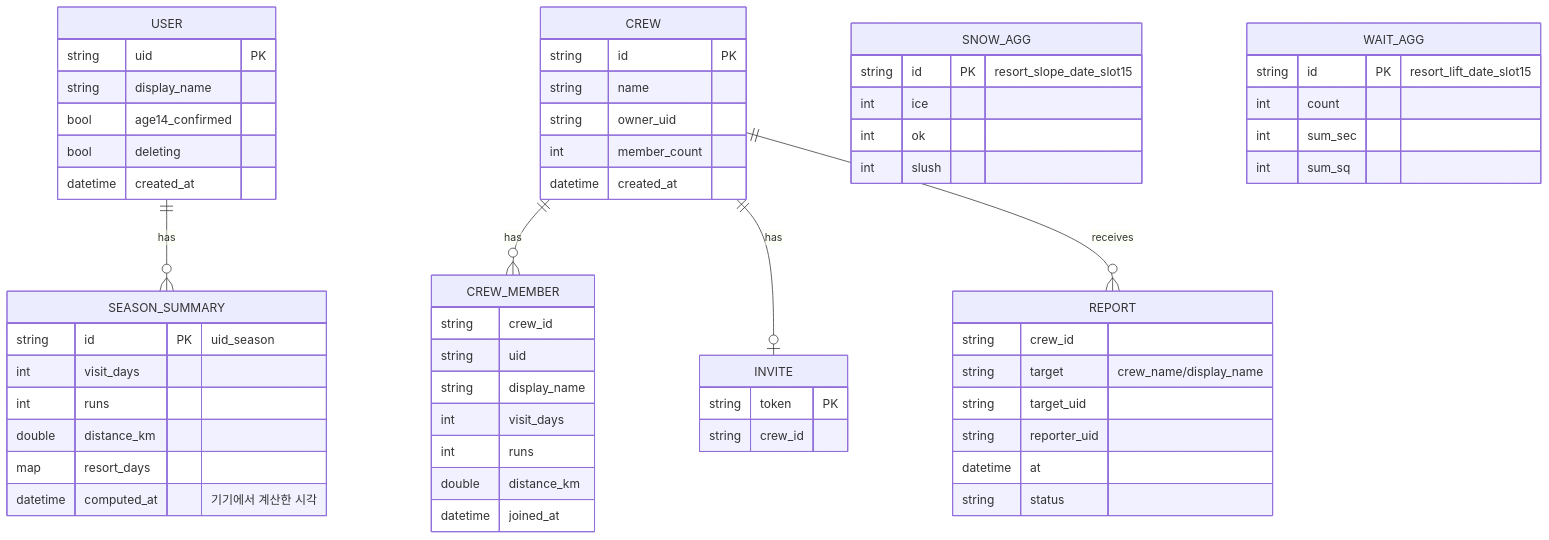
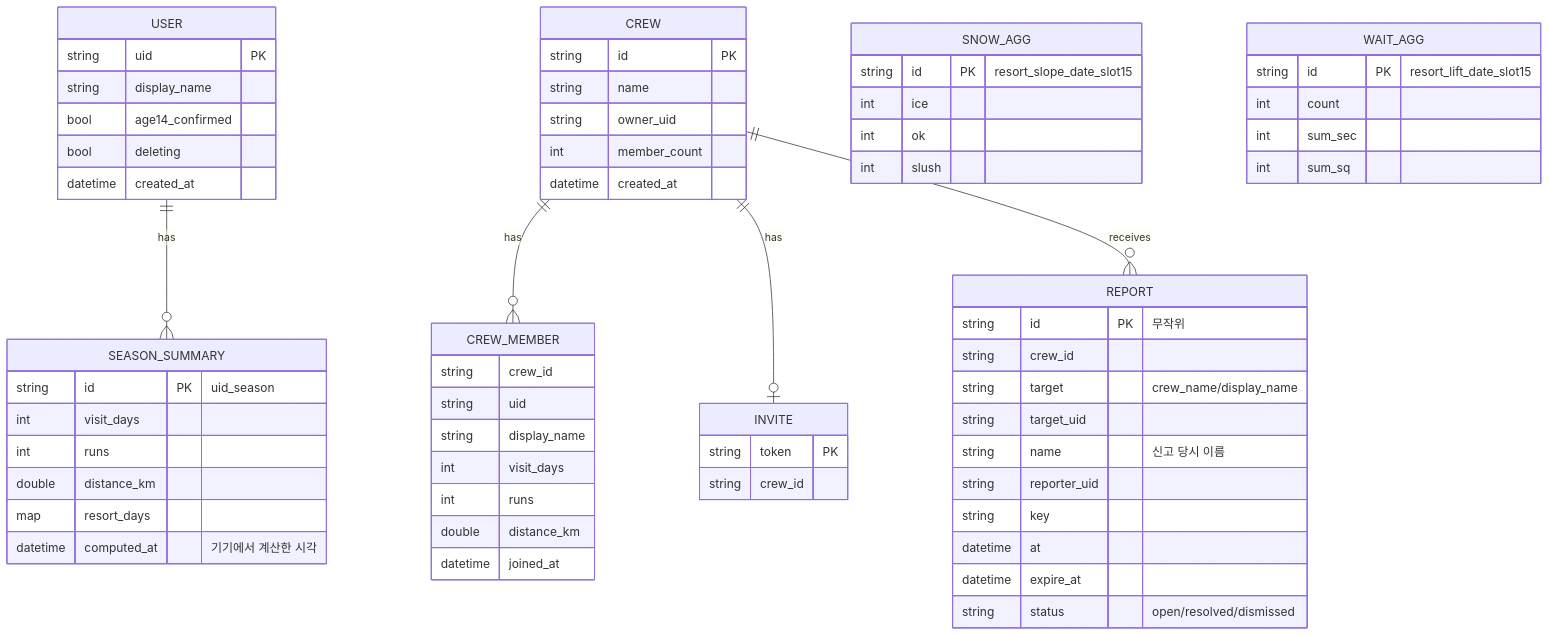
One commit to JIHO45/SlopeMate changed the third of 4 diagrams in docs/05-design.md. Above: the diagram before and after it, drawn with Mermaid. The commit also changed other lines of this file and 4 other files, not shown here.

````diff
--- a/docs/05-design.md
+++ b/docs/05-design.md
@@ -139,16 +139,16 @@
 ```mermaid
 erDiagram
     USER ||--o{ SEASON_SUMMARY : has
     CREW ||--o{ CREW_MEMBER : has
     CREW ||--o| INVITE : has
     CREW ||--o{ REPORT : receives
 
     USER { string uid PK string display_name bool age14_confirmed bool deleting datetime created_at }
     SEASON_SUMMARY { string id PK "uid_season" int visit_days int runs double distance_km map resort_days datetime computed_at "기기에서 계산한 시각" }
     CREW { string id PK string name string owner_uid int member_count datetime created_at }
     CREW_MEMBER { string crew_id string uid string display_name int visit_days int runs double distance_km datetime joined_at }
     INVITE { string token PK string crew_id }
-    REPORT { string crew_id string target "crew_name/display_name" string target_uid string reporter_uid datetime at string status }
+    REPORT { string id PK "무작위" string crew_id string target "crew_name/display_name" string target_uid string name "신고 당시 이름" string reporter_uid string key datetime at datetime expire_at string status "open/resolved/dismissed" }
     SNOW_AGG { string id PK "resort_slope_date_slot15" int ice int ok int slush }
     WAIT_AGG { string id PK "resort_lift_date_slot15" int count int sum_sec int sum_sq }
 ```
````
